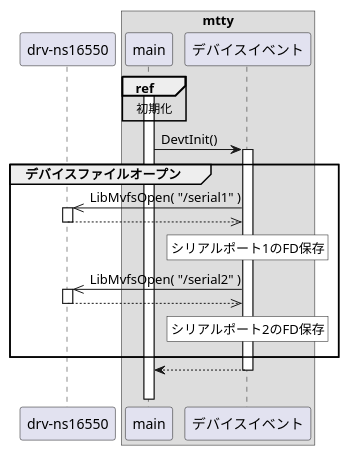
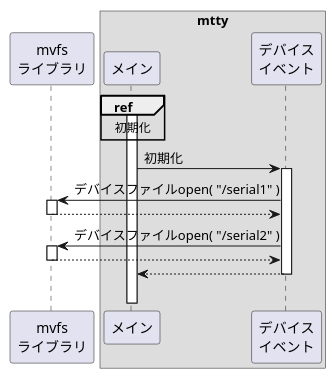
The diagram in docs/docs/internal/devt/init.puml (MasterMochi/mtty), drawn with PlantUML before and after one commit. The commit also changed 167 other files, not shown here.

```diff
--- a/docs/docs/internal/devt/init.puml
+++ b/docs/docs/internal/devt/init.puml
@@ -1,35 +1,29 @@
 @startuml
 
-participant drv as "drv-ns16550"
+participant "mvfs\nライブラリ" as libmvfs
 box "mtty"
-    participant main
-    participant devt    as "デバイスイベント"
+    participant "メイン"             as main
+    participant "デバイス\nイベント" as devt
 end box
 
 activate main
-
 ref over main: 初期化
 
-main -> devt: DevtInit()
+main -> devt: 初期化
 activate devt
 
-group デバイスファイルオープン
-    drv <<- devt: LibMvfsOpen( "/serial1" )
-    activate drv
-    drv -->> devt:
-    deactivate drv
-    rnote over devt #FFFFFF: シリアルポート1のFD保存
+libmvfs <- devt: デバイスファイルopen( "/serial1" )
+activate libmvfs
+libmvfs --> devt:
+deactivate libmvfs
 
-    drv <<- devt: LibMvfsOpen( "/serial2" )
-    activate drv
-    drv -->> devt:
-    deactivate drv
-    rnote over devt #FFFFFF: シリアルポート2のFD保存
-    ||10||
-end
+libmvfs <- devt: デバイスファイルopen( "/serial2" )
+activate libmvfs
+libmvfs --> devt:
+deactivate libmvfs
 
 main <-- devt:
 deactivate devt
 ||20||
 
 @enduml
```
